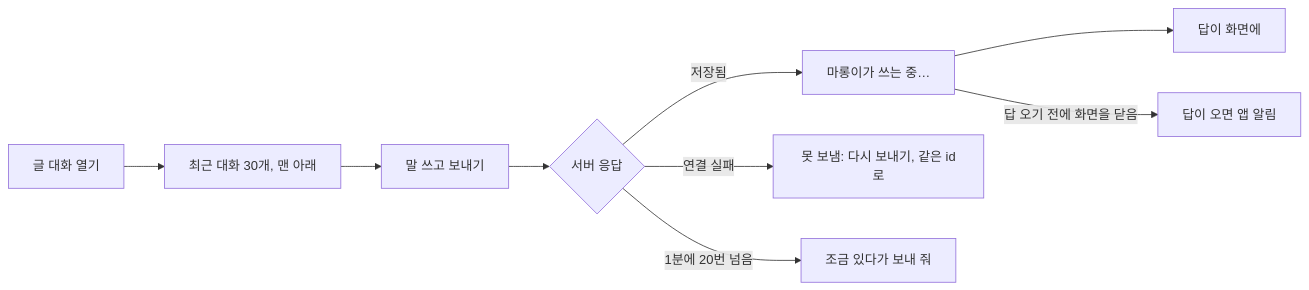
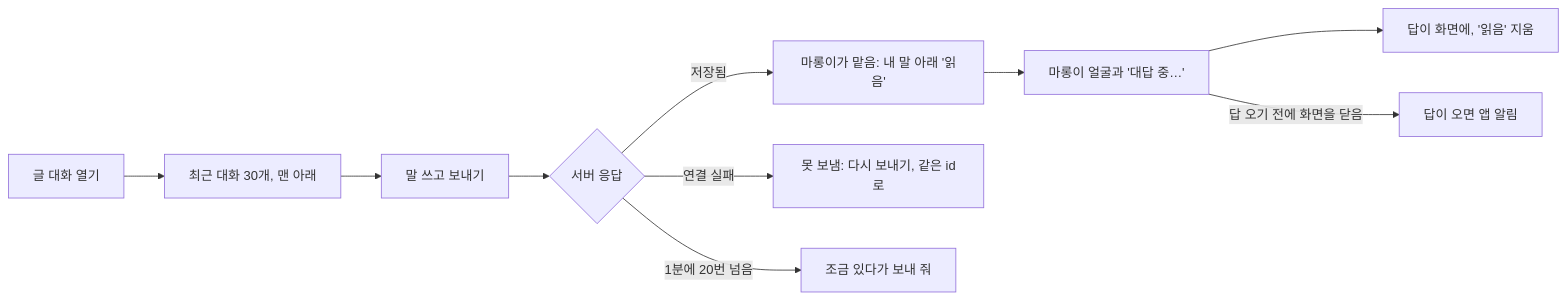
The fourth of 7 diagrams in docs/app-chat.md (kodonghui/marong2), drawn with Mermaid before and after one commit. The commit also changed other lines of this file and 36 other files, not shown here.

````diff
--- a/docs/app-chat.md
+++ b/docs/app-chat.md
@@ -108,10 +127,10 @@
 ```mermaid
 flowchart LR
   A[글 대화 열기] --> B[최근 대화 30개, 맨 아래]
   B --> C[말 쓰고 보내기]
   C --> D{서버 응답}
-  D -- 저장됨 --> E[마롱이가 쓰는 중…] --> F[답이 화면에]
+  D -- 저장됨 --> R["마롱이가 맡음: 내 말 아래 '읽음'"] --> E["마롱이 얼굴과 '대답 중…'"] --> F["답이 화면에, '읽음' 지움"]
   D -- 연결 실패 --> G[못 보냄: 다시 보내기, 같은 id로]
   D -- 1분에 20번 넘음 --> H[조금 있다가 보내 줘]
   E -- 답 오기 전에 화면을 닫음 --> I[답이 오면 앱 알림]
 ```
````
